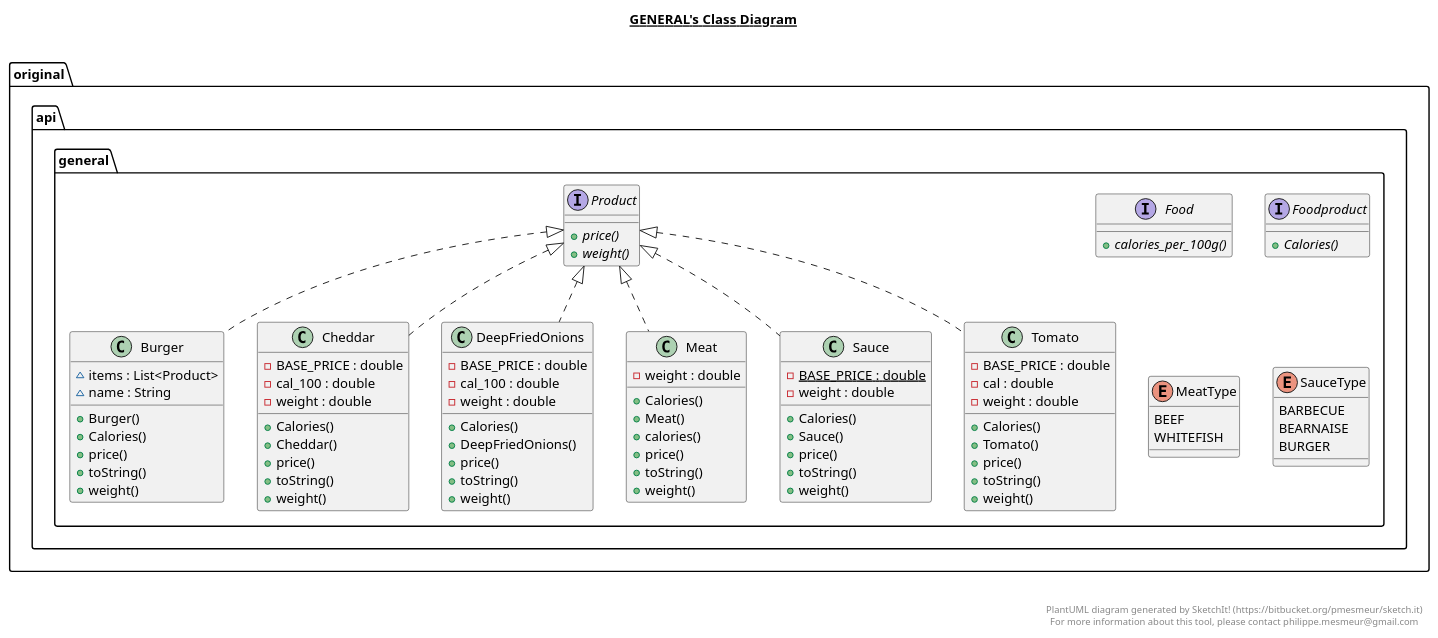
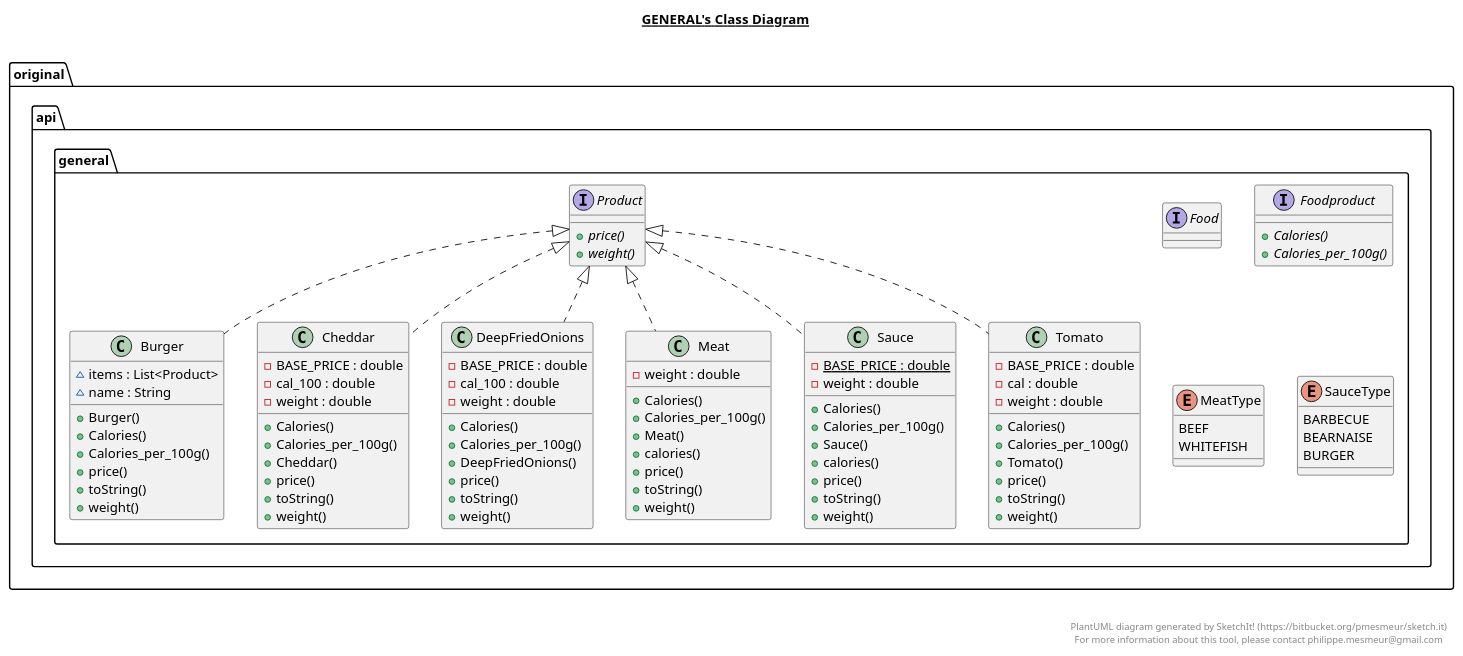
The diagram in original/api/general/general.plantuml (mehdisellami/designp), drawn with PlantUML before and after one commit. The commit also changed 1 other file, not shown here.

```diff
--- a/original/api/general/general.plantuml
+++ b/original/api/general/general.plantuml
@@ -1,144 +1,151 @@
 @startuml
 
 title __GENERAL's Class Diagram__\n
 
   namespace original.api.general {
     class original.api.general.Burger {
         ~ items : List<Product>
         ~ name : String
         + Burger()
         + Calories()
+        + Calories_per_100g()
         + price()
         + toString()
         + weight()
     }
   }
   
 
   namespace original.api.general {
     class original.api.general.Cheddar {
         - BASE_PRICE : double
         - cal_100 : double
         - weight : double
         + Calories()
+        + Calories_per_100g()
         + Cheddar()
         + price()
         + toString()
         + weight()
     }
   }
   
 
   namespace original.api.general {
     class original.api.general.DeepFriedOnions {
         - BASE_PRICE : double
         - cal_100 : double
         - weight : double
         + Calories()
+        + Calories_per_100g()
         + DeepFriedOnions()
         + price()
         + toString()
         + weight()
     }
   }
   
 
   namespace original.api.general {
     interface original.api.general.Food {
-        {abstract} + calories_per_100g()
     }
   }
   
 
   namespace original.api.general {
     interface original.api.general.Foodproduct {
         {abstract} + Calories()
+        {abstract} + Calories_per_100g()
     }
   }
   
 
   namespace original.api.general {
     class original.api.general.Meat {
         - weight : double
         + Calories()
+        + Calories_per_100g()
         + Meat()
         + calories()
         + price()
         + toString()
         + weight()
     }
   }
   
 
   namespace original.api.general {
     enum MeatType {
       BEEF
       WHITEFISH
     }
   }
   
 
   namespace original.api.general {
     interface original.api.general.Product {
         {abstract} + price()
         {abstract} + weight()
     }
   }
   
 
   namespace original.api.general {
     class original.api.general.Sauce {
         {static} - BASE_PRICE : double
         - weight : double
         + Calories()
+        + Calories_per_100g()
         + Sauce()
+        + calories()
         + price()
         + toString()
         + weight()
     }
   }
   
 
   namespace original.api.general {
     enum SauceType {
       BARBECUE
       BEARNAISE
       BURGER
     }
   }
   
 
   namespace original.api.general {
     class original.api.general.Tomato {
         - BASE_PRICE : double
         - cal : double
         - weight : double
         + Calories()
+        + Calories_per_100g()
         + Tomato()
         + price()
         + toString()
         + weight()
     }
   }
   
 
   original.api.general.Burger .up.|> original.api.general.Product
   original.api.general.Cheddar .up.|> original.api.general.Product
   original.api.general.DeepFriedOnions .up.|> original.api.general.Product
   original.api.general.Meat .up.|> original.api.general.Product
   original.api.general.Meat o-- original.api.general.Meat.MeatType : type
   original.api.general.Meat +-down- original.api.general.Meat.MeatType
   original.api.general.Sauce .up.|> original.api.general.Product
   original.api.general.Sauce o-- original.api.general.Sauce.SauceType : type
   original.api.general.Sauce +-down- original.api.general.Sauce.SauceType
   original.api.general.Tomato .up.|> original.api.general.Product
 
 
 right footer
 
 
 PlantUML diagram generated by SketchIt! (https://bitbucket.org/pmesmeur/sketch.it)
 For more information about this tool, please contact philippe.mesmeur@gmail.com
 endfooter
 
 @enduml
```
